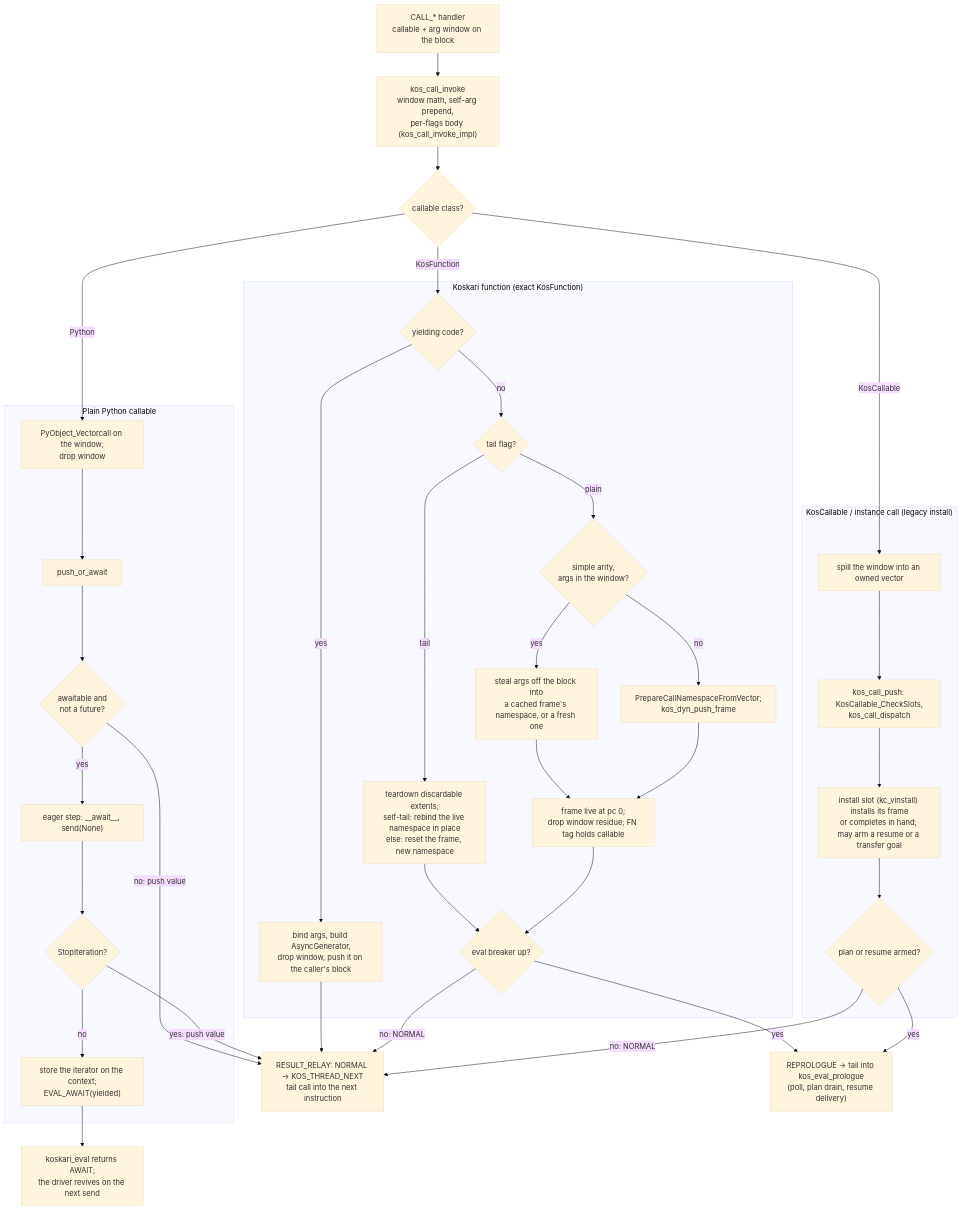
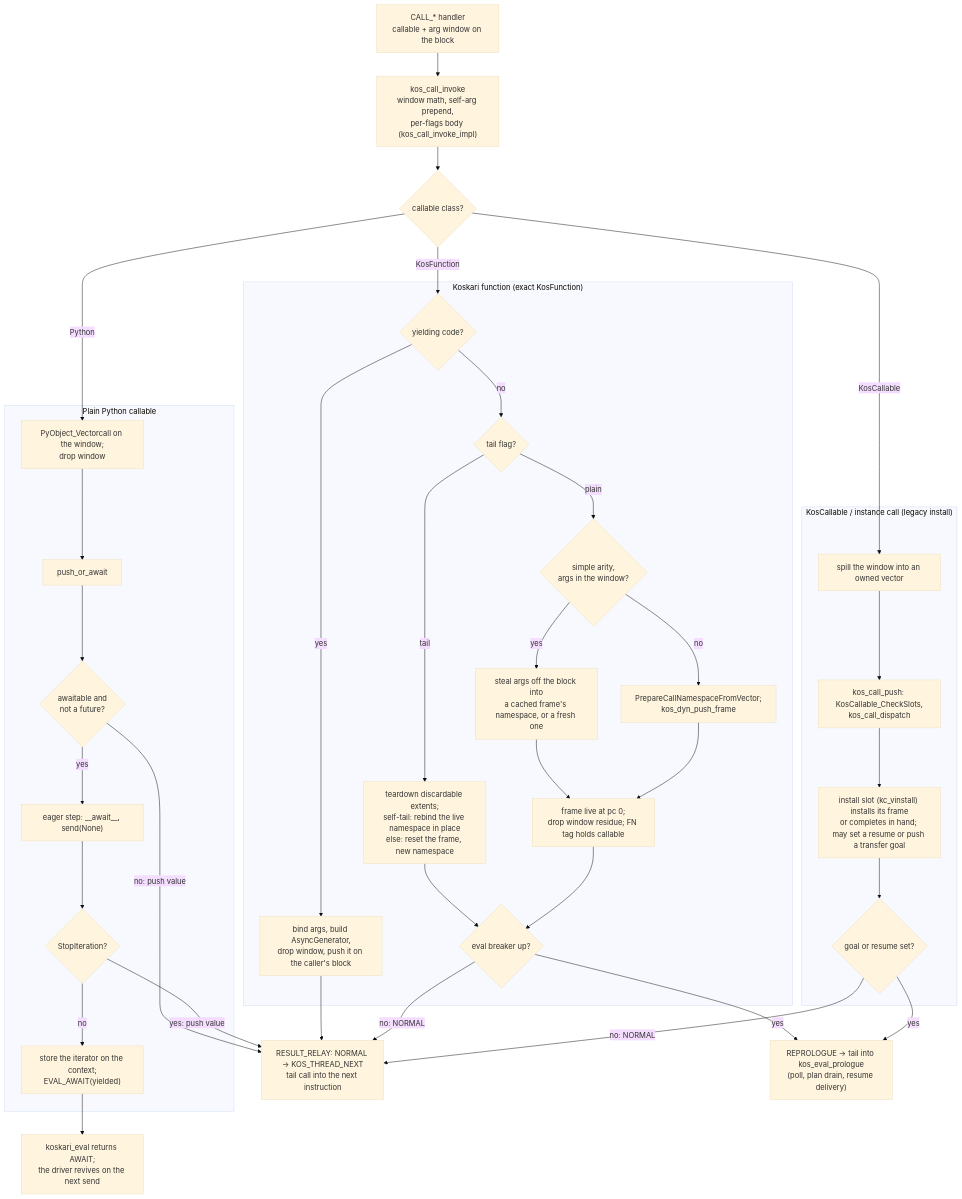
Diagram 11 of 12 in design/EVALUATOR.md (koskari-lang/koskari), drawn with Mermaid (base theme) before and after one commit. The commit also changed other lines of this file and 132 other files, not shown here.

````diff
--- a/design/EVALUATOR.md
+++ b/design/EVALUATOR.md
@@ -1170,60 +1170,60 @@
 ```mermaid
 flowchart TD
     op["CALL_* handler<br/>callable + arg window on the block"]
     inv["kos_call_invoke<br/>window math, self-arg prepend,<br/>per-flags body (kos_call_invoke_impl)"]
     cls{"callable class?"}
 
     subgraph kos["Koskari function (exact KosFunction)"]
         gen{"yielding code?"}
         agen["bind args, build AsyncGenerator,<br/>drop window, push it on the caller's block"]
         arity{"tail flag?"}
         tail["teardown discardable extents;<br/>self-tail: rebind the live namespace in place<br/>else: reset the frame, new namespace"]
         simple{"simple arity,<br/>args in the window?"}
         steal["steal args off the block into<br/>a cached frame's namespace, or a fresh one"]
         general["PrepareCallNamespaceFromVector;<br/>kos_dyn_push_frame"]
         inst["frame live at pc 0;<br/>drop window residue; FN tag holds callable"]
         coop{"eval breaker up?"}
     end
 
     subgraph py["Plain Python callable"]
         vc["PyObject_Vectorcall on the window;<br/>drop window"]
         poa["push_or_await"]
         aw{"awaitable and<br/>not a future?"}
         eager["eager step: __await__, send(None)"]
         done{"StopIteration?"}
         susp["store the iterator on the context;<br/>EVAL_AWAIT(yielded)"]
     end
 
     subgraph legacy["KosCallable / instance call (legacy install)"]
         spill["spill the window into an owned vector"]
         kcall["kos_call_push: KosCallable_CheckSlots,<br/>kos_call_dispatch"]
-        slot["install slot (kc_vinstall) installs its frame<br/>or completes in hand; may arm a resume or a transfer goal"]
-        armed{"plan or resume armed?"}
+        slot["install slot (kc_vinstall) installs its frame<br/>or completes in hand; may set a resume or push a transfer goal"]
+        pending{"goal or resume set?"}
     end
 
     relay["RESULT_RELAY: NORMAL → KOS_THREAD_NEXT<br/>tail call into the next instruction"]
     repro["REPROLOGUE → tail into kos_eval_prologue<br/>(poll, plan drain, resume delivery)"]
     exit["koskari_eval returns AWAIT;<br/>the driver revives on the next send"]
 
     op --> inv --> cls
     cls -->|KosFunction| gen
     gen -->|yes| agen --> relay
     gen -->|no| arity
     arity -->|tail| tail --> coop
     arity -->|plain| simple
     simple -->|yes| steal --> inst
     simple -->|no| general --> inst
     inst --> coop
     coop -->|no: NORMAL| relay
     coop -->|yes| repro
 
     cls -->|Python| vc --> poa --> aw
     aw -->|no: push value| relay
     aw -->|yes| eager --> done
     done -->|yes: push value| relay
     done -->|no| susp --> exit
 
-    cls -->|KosCallable| spill --> kcall --> slot --> armed
-    armed -->|no: NORMAL| relay
-    armed -->|yes| repro
+    cls -->|KosCallable| spill --> kcall --> slot --> pending
+    pending -->|no: NORMAL| relay
+    pending -->|yes| repro
 ```
````
